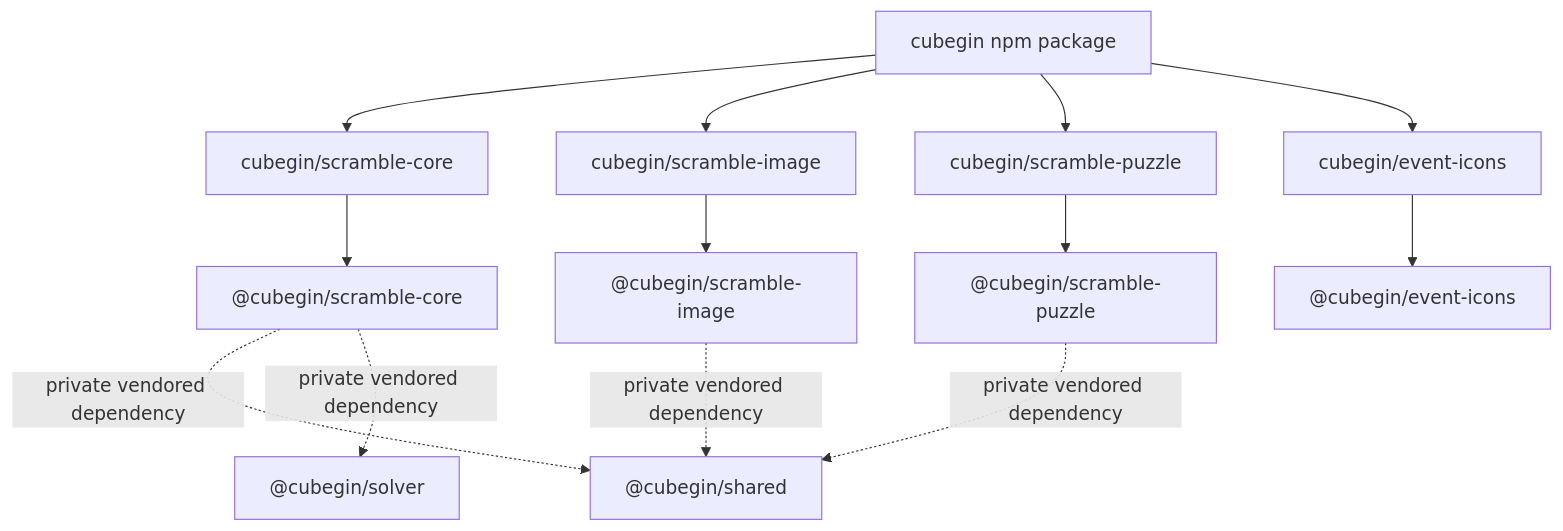
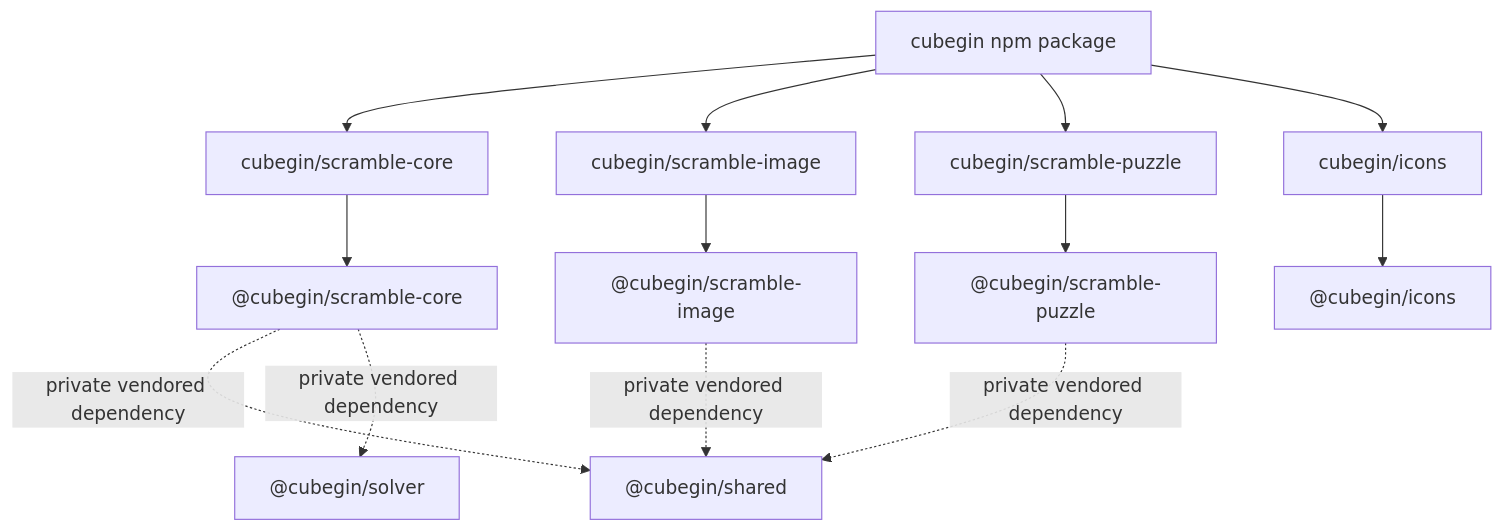
One commit to deweyou/cube-kit changed the diagram in docs/packages/core/index.md. Above: the diagram before and after it, drawn with Mermaid. The commit also changed other lines of this file and 56 other files, not shown here.

Commit message:
feat: expand cubegin icons package

````diff
--- a/docs/packages/core/index.md
+++ b/docs/packages/core/index.md
@@ -3,15 +3,15 @@
 ```mermaid
 flowchart TD
     Core["cubegin npm package"] --> ScrambleCore["cubegin/scramble-core"]
     Core --> ScrambleImage["cubegin/scramble-image"]
     Core --> ScramblePuzzle["cubegin/scramble-puzzle"]
-    Core --> EventIcons["cubegin/event-icons"]
-    EventIcons --> EventIconsPkg["@cubegin/event-icons"]
+    Core --> Icons["cubegin/icons"]
+    Icons --> IconsPkg["@cubegin/icons"]
     ScrambleCore --> CorePkg["@cubegin/scramble-core"]
     ScrambleImage --> ImagePkg["@cubegin/scramble-image"]
     ScramblePuzzle --> PuzzlePkg["@cubegin/scramble-puzzle"]
     CorePkg -. private vendored dependency .-> SharedPkg["@cubegin/shared"]
     ImagePkg -. private vendored dependency .-> SharedPkg
     PuzzlePkg -. private vendored dependency .-> SharedPkg
     CorePkg -. private vendored dependency .-> SolverPkg["@cubegin/solver"]
 ```
````
